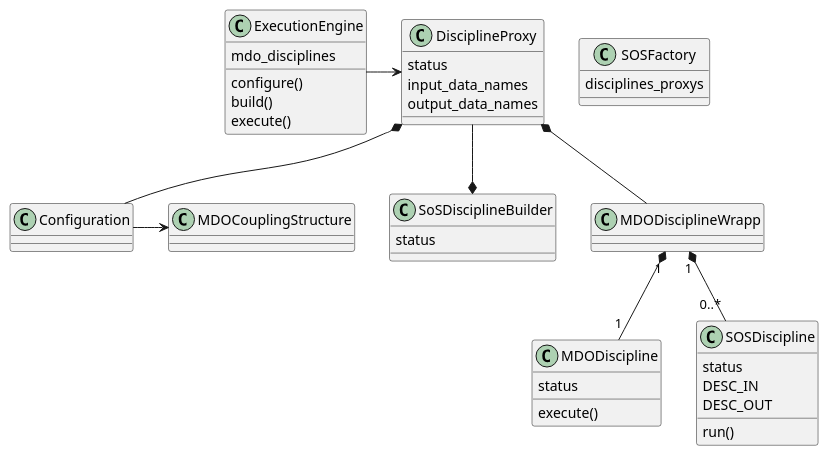
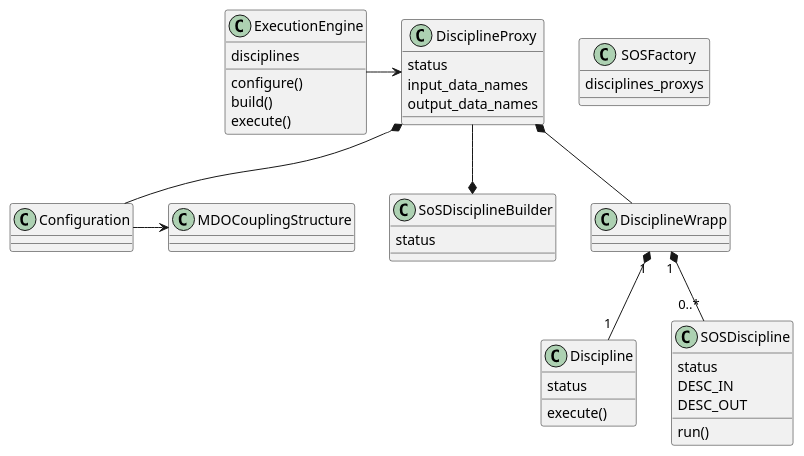
One commit to os-climate/sostrades-core changed the diagram in sostrades_core/tools/refactoring/eev4/proposal/sos_classes.puml. Above: the diagram before and after it, drawn with PlantUML. The commit also changed 63 other files, not shown here.

Commit message:
Rename mdodiscipline into discipline for all files + fix some refacto not handled by bump-gemseo

```diff
--- a/sostrades_core/tools/refactoring/eev4/proposal/sos_classes.puml
+++ b/sostrades_core/tools/refactoring/eev4/proposal/sos_classes.puml
@@ -2,50 +2,50 @@
 @startuml
 class Configuration
 class SoSDisciplineBuilder{
 status
 }
 
-class MDODiscipline{
+class Discipline{
 status
 execute()
 }
 
 class SOSDiscipline{
 status
 DESC_IN
 DESC_OUT
 run()
 }
 
 class ExecutionEngine{
-mdo_disciplines
+disciplines
 configure()
 build()
 execute()
 }
 
 class         DisciplineProxy{
 status
 input_data_names
 output_data_names
 }
 
 class         SOSFactory{
 disciplines_proxys
 }
 
 class MDOCouplingStructure
-class MDODisciplineWrapp
+class DisciplineWrapp
 
 
 DisciplineProxy *-- Configuration
-DisciplineProxy *-- MDODisciplineWrapp
+DisciplineProxy *-- DisciplineWrapp
 DisciplineProxy --* SoSDisciplineBuilder
 
-MDODisciplineWrapp "1" *-- "0..*" SOSDiscipline
-MDODisciplineWrapp "1" *-- "1" MDODiscipline
+DisciplineWrapp "1" *-- "0..*" SOSDiscipline
+DisciplineWrapp "1" *-- "1" Discipline
 
 Configuration -> MDOCouplingStructure
 
 ExecutionEngine -> DisciplineProxy
 @enduml
```
